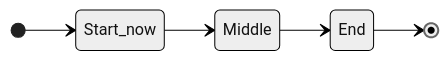
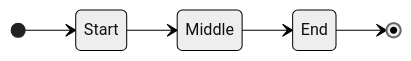
The diagram in testfiles/testgraph.md (andrewwormald/workflow), drawn with Mermaid (neutral theme) before and after one commit.

Commit message:
visualiser: Handle empty spacing

````diff
--- a/testfiles/testgraph.md
+++ b/testfiles/testgraph.md
@@ -1,11 +1,11 @@
 ```mermaid
 stateDiagram-v2
 	direction LR
 	
-	[*]-->Start_now
+	[*]-->Start
 	
-	Start_now-->Middle
+	Start-->Middle
 	Middle-->End
 	
 	End-->[*]
 ```
````
